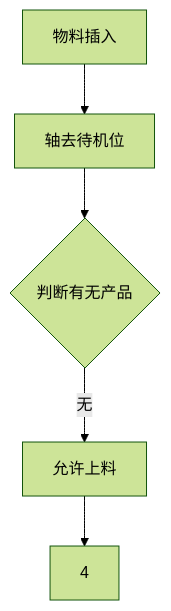
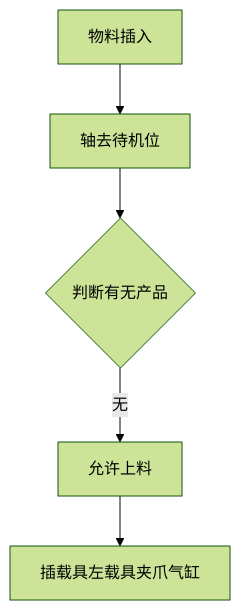
Before and after one commit to zmq000/iodraw-files: the diagram in all/VR-OP90物料插入.md, drawn with Mermaid (forest theme).

Commit message:
2026-06-18 11:21:12 update

````diff
--- a/all/VR-OP90物料插入.md
+++ b/all/VR-OP90物料插入.md
@@ -1,8 +1,9 @@
 ```mermaid
 graph TD
 0[物料插入]-->10
 10[轴去待机位]-->20
 20{判断有无产品}-->|无|30
-30[允许上料]-->4
+30[允许上料]-->40
+40[插载具左载具夹爪气缸]
   
 ```
````
